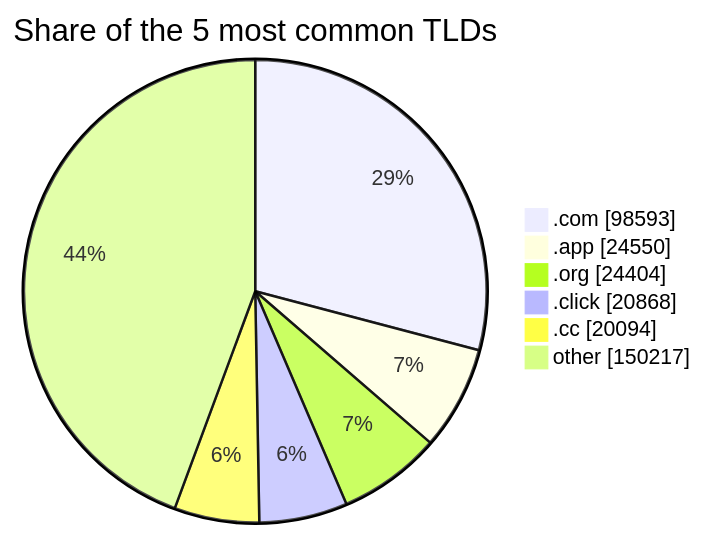
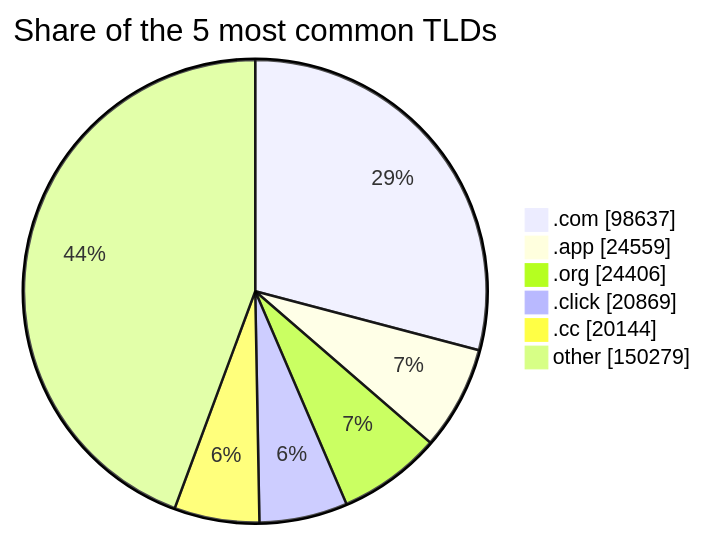
One commit to DNSBunker/CTI changed the third of 3 diagrams in README.md. Above: the diagram before and after it, drawn with Mermaid. The commit also changed other lines of this file and 4 other files, not shown here.

````diff
--- a/README.md
+++ b/README.md
@@ -81,9 +81,9 @@
 ```mermaid
 pie showData title Share of the 5 most common TLDs
-    ".com" : 98593
-    ".app" : 24550
-    ".org" : 24404
-    ".click" : 20868
-    ".cc" : 20094
-    "other" : 150217
+    ".com" : 98637
+    ".app" : 24559
+    ".org" : 24406
+    ".click" : 20869
+    ".cc" : 20144
+    "other" : 150279
 ```
````
